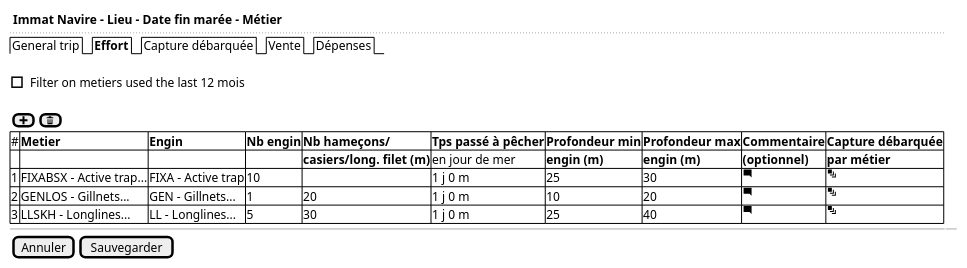
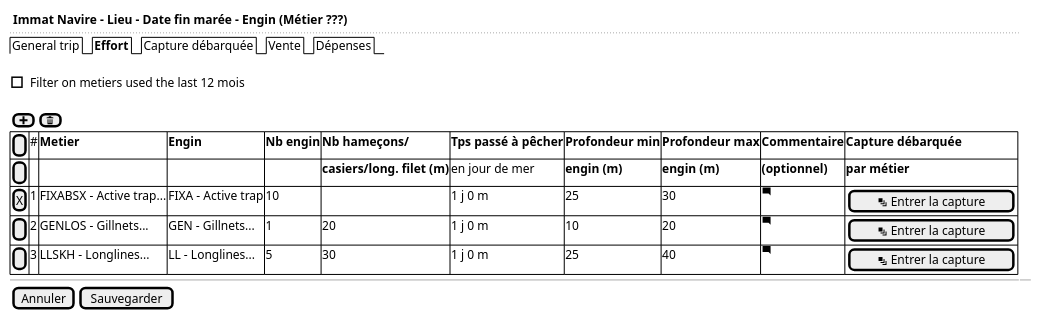
Before and after one commit to sumaris-net/sumaris-doc: the diagram in use-case/collect/trip/landing-ui-effort.puml, drawn with PlantUML. The commit also changed 7 other files, not shown here.

```diff
--- a/use-case/collect/trip/landing-ui-effort.puml
+++ b/use-case/collect/trip/landing-ui-effort.puml
@@ -1,23 +1,23 @@
 @startsalt
 {
-  <b> Immat Navire - Lieu - Date fin marée - Métier
+  <b> Immat Navire - Lieu - Date fin marée - Engin (Métier ???)
   ..
   {/ General trip | <b>Effort | Capture débarquée | Vente | Dépenses }
   .
   [] Filter on metiers used the last 12 mois
   .
   {[<&plus>]  | [<&trash>]}
 
   {#
-  # | <b>Metier                | <b>Engin   | <b>Nb engin | <b>Nb hameçons/             | <b>Tps passé à pêcher | <b>Profondeur min | <b>Profondeur max  | <b>Commentaire  | <b>Capture débarquée
-  . | .                        | .          | .           | <b>casiers/long. filet (m)  | en jour de mer        | <b>engin (m)      | <b>engin (m)       | <b>(optionnel)  | <b>par métier
-  1 | FIXABSX - Active trap... | FIXA - Active trap   | 10 | . | 1 j 0 m | 25 | 30 | <&comment-square> | <&layers>
-  2 | GENLOS - Gillnets...     | GEN - Gillnets...    | 1 | 20 | 1 j 0 m | 10 | 20 | <&comment-square> | <&layers>
-  3 | LLSKH - Longlines...     | LL - Longlines...    | 5 | 30 | 1 j 0 m | 25 | 40 | <&comment-square> | <&layers>
+ [ ] |  # | <b>Metier                | <b>Engin   | <b>Nb engin | <b>Nb hameçons/             | <b>Tps passé à pêcher | <b>Profondeur min | <b>Profondeur max  | <b>Commentaire  | <b>Capture débarquée
+ [ ] |  . | .                        | .          | .           | <b>casiers/long. filet (m)  | en jour de mer        | <b>engin (m)      | <b>engin (m)       | <b>(optionnel)  | <b>par métier
+ [X] |  1 | FIXABSX - Active trap... | FIXA - Active trap   | 10 | . | 1 j 0 m | 25 | 30 | <&comment-square> | {[<&layers> Entrer la capture]}
+ [ ] |  2 | GENLOS - Gillnets...     | GEN - Gillnets...    | 1 | 20 | 1 j 0 m | 10 | 20 | <&comment-square> | {[<&layers> Entrer la capture]}
+ [ ] |  3 | LLSKH - Longlines...     | LL - Longlines...    | 5 | 30 | 1 j 0 m | 25 | 40 | <&comment-square> | {[<&layers> Entrer la capture]}
   }
 
   -- | --
 
   {[Annuler] | [Sauvegarder]}
 }
 @endsalt
```
